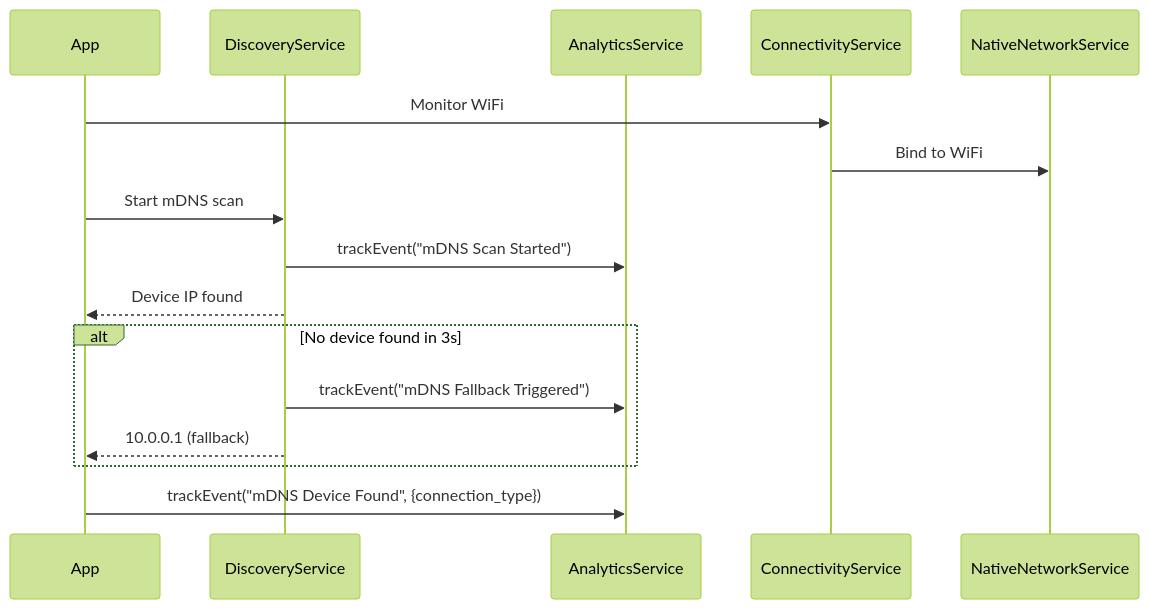
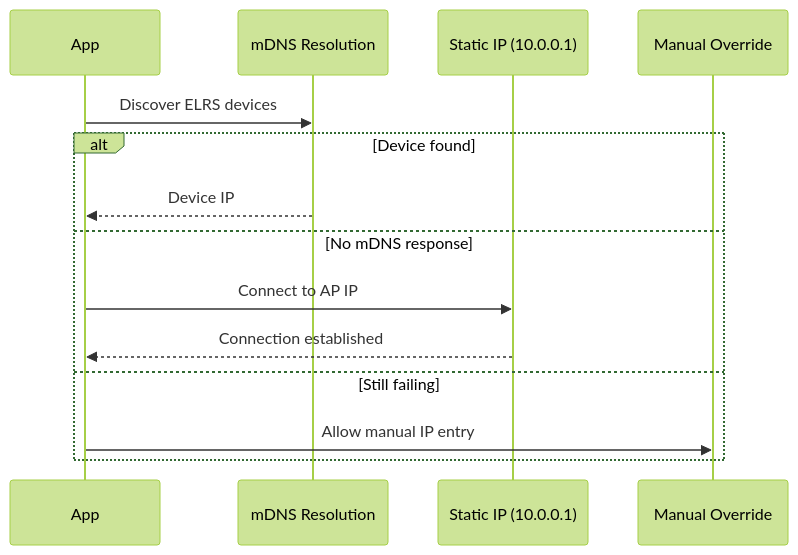
The third of 3 diagrams in .rp1/context/architecture.md (wbhinton/ELRS-Mobile), drawn with Mermaid (forest theme) before and after one commit. The commit also changed other lines of this file and 15 other files, not shown here.

````diff
--- a/.rp1/context/architecture.md
+++ b/.rp1/context/architecture.md
@@ -139,19 +118,17 @@
 ```mermaid
 sequenceDiagram
     participant App
-    participant DiscoveryService
-    participant AnalyticsService
-    participant ConnectivityService
-    participant NativeNetworkService
-    
-    App->>ConnectivityService: Monitor WiFi
-    ConnectivityService->>NativeNetworkService: Bind to WiFi
-    App->>DiscoveryService: Start mDNS scan
-    DiscoveryService->>AnalyticsService: trackEvent("mDNS Scan Started")
-    DiscoveryService-->>App: Device IP found
-    alt No device found in 3s
-        DiscoveryService->>AnalyticsService: trackEvent("mDNS Fallback Triggered")
-        DiscoveryService-->>App: 10.0.0.1 (fallback)
+    participant mDNS as mDNS Resolution
+    participant Fallback as Static IP (10.0.0.1)
+    participant Manual as Manual Override
+
+    App->>mDNS: Discover ELRS devices
+    alt Device found
+        mDNS-->>App: Device IP
+    else No mDNS response
+        App->>Fallback: Connect to AP IP
+        Fallback-->>App: Connection established
+    else Still failing
+        App->>Manual: Allow manual IP entry
     end
-    App->>AnalyticsService: trackEvent("mDNS Device Found", {connection_type})
 ```
````
